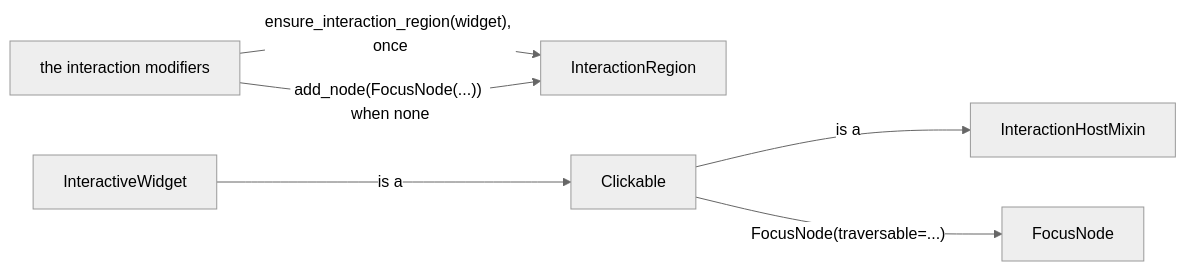
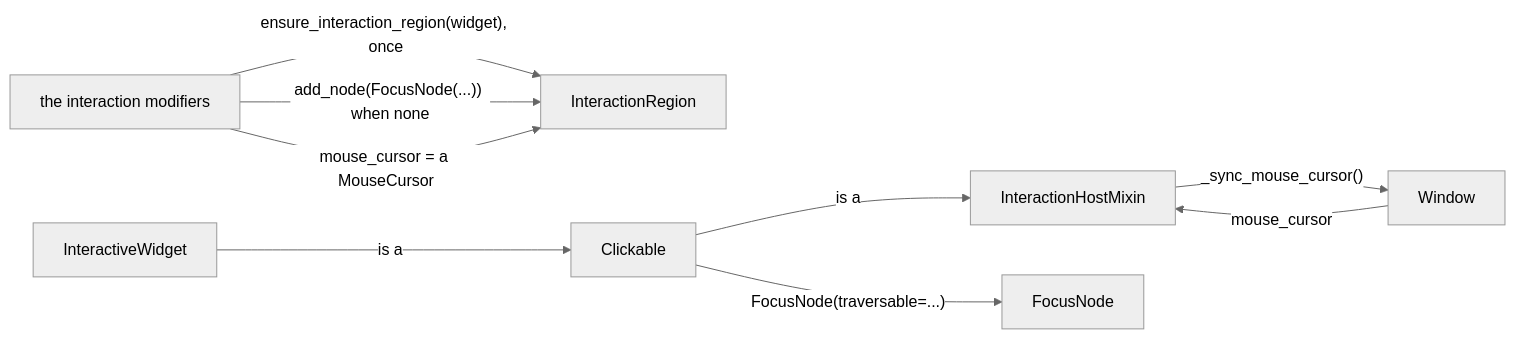
The eighth of 10 diagrams in docs/design/INTERACTION_ARCHITECTURE.md (yuksblog/nuiitivet), drawn with Mermaid (neutral theme) before and after one commit. The commit also changed other lines of this file and 28 other files, not shown here.

First line of the commit message:
feat(interaction): widgets show a mouse cursor by role, cursor() sets one

````diff
--- a/docs/design/INTERACTION_ARCHITECTURE.md
+++ b/docs/design/INTERACTION_ARCHITECTURE.md
@@ -288,15 +304,19 @@
 ```mermaid
 flowchart LR
     focusable[the interaction modifiers]
     region[InteractionRegion]
     clickable[Clickable]
     interactive[InteractiveWidget]
     mixin[InteractionHostMixin]
     node[FocusNode]
+    window[Window]
 
     focusable -- "ensure_interaction_region(widget), once" --> region
     focusable -- "add_node(FocusNode(...)) when none" --> region
+    focusable -- "mouse_cursor = a MouseCursor" --> region
     clickable -- "is a" --> mixin
     interactive -- "is a" --> clickable
     clickable -- "FocusNode(traversable=...)" --> node
+    window -- "mouse_cursor" --> mixin
+    mixin -- "_sync_mouse_cursor()" --> window
 ```
````
